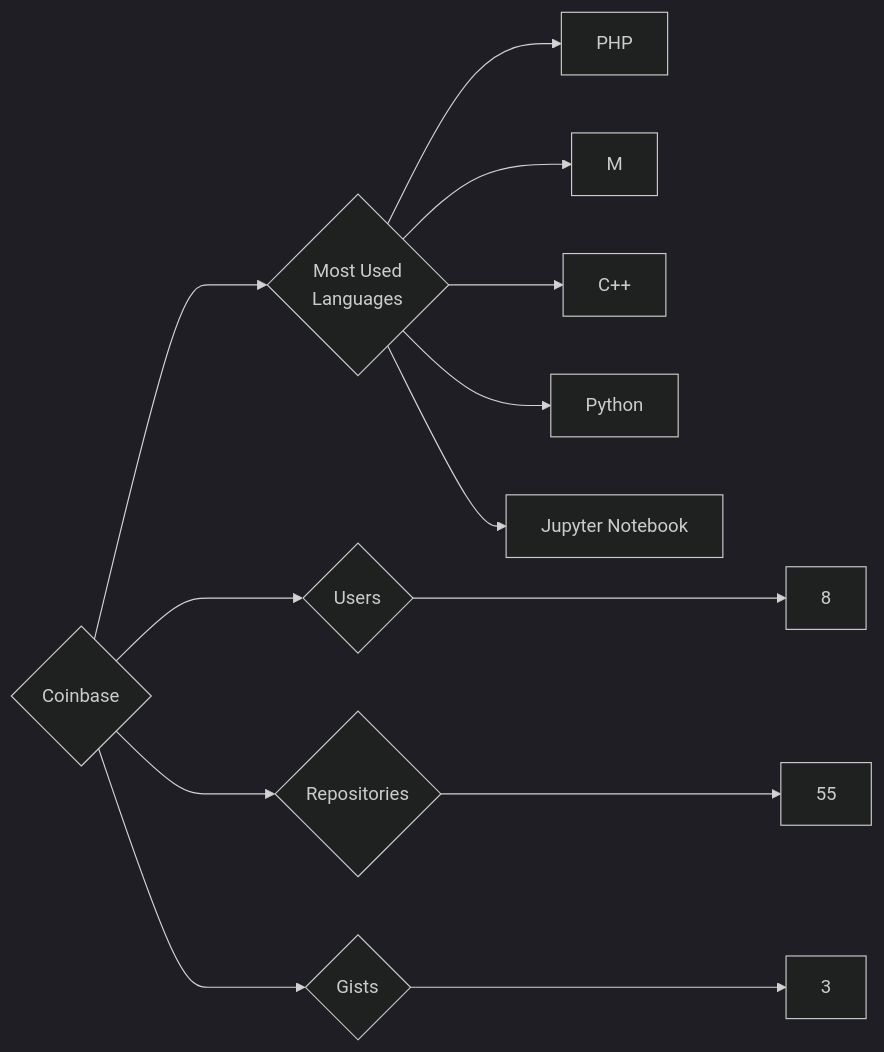
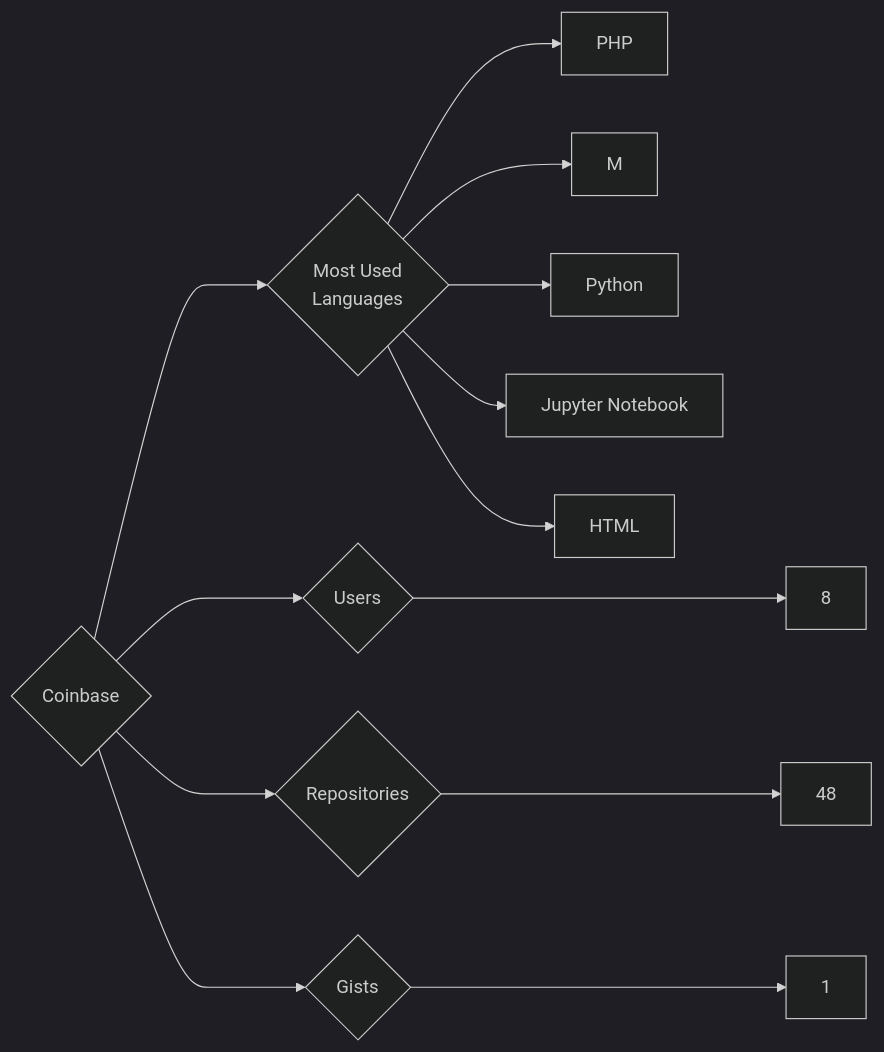
One commit to trickest/insiders changed the diagram in targets/Coinbase/README.md. Above: the diagram before and after it, drawn with Mermaid (dark theme). The commit also changed 985 other files, not shown here.

````diff
--- a/targets/Coinbase/README.md
+++ b/targets/Coinbase/README.md
@@ -3,13 +3,13 @@
 ```mermaid
 graph LR
 COMPANY_NAME{Coinbase}
 COMPANY_NAME ---> U{Users} ---> UN[8]
-COMPANY_NAME ---> R{Repositories} ---> RN[55]
-COMPANY_NAME ---> G{Gists} ---> GN[3]
+COMPANY_NAME ---> R{Repositories} ---> RN[48]
+COMPANY_NAME ---> G{Gists} ---> GN[1]
 COMPANY_NAME ---> ML{Most Used<br>Languages}
 ML --> PHP[PHP]
 ML --> M[M]
-ML --> C++[C++]
 ML --> Python[Python]
 ML --> Jupyter_Notebook[Jupyter Notebook]
+ML --> HTML[HTML]
 ```
````
